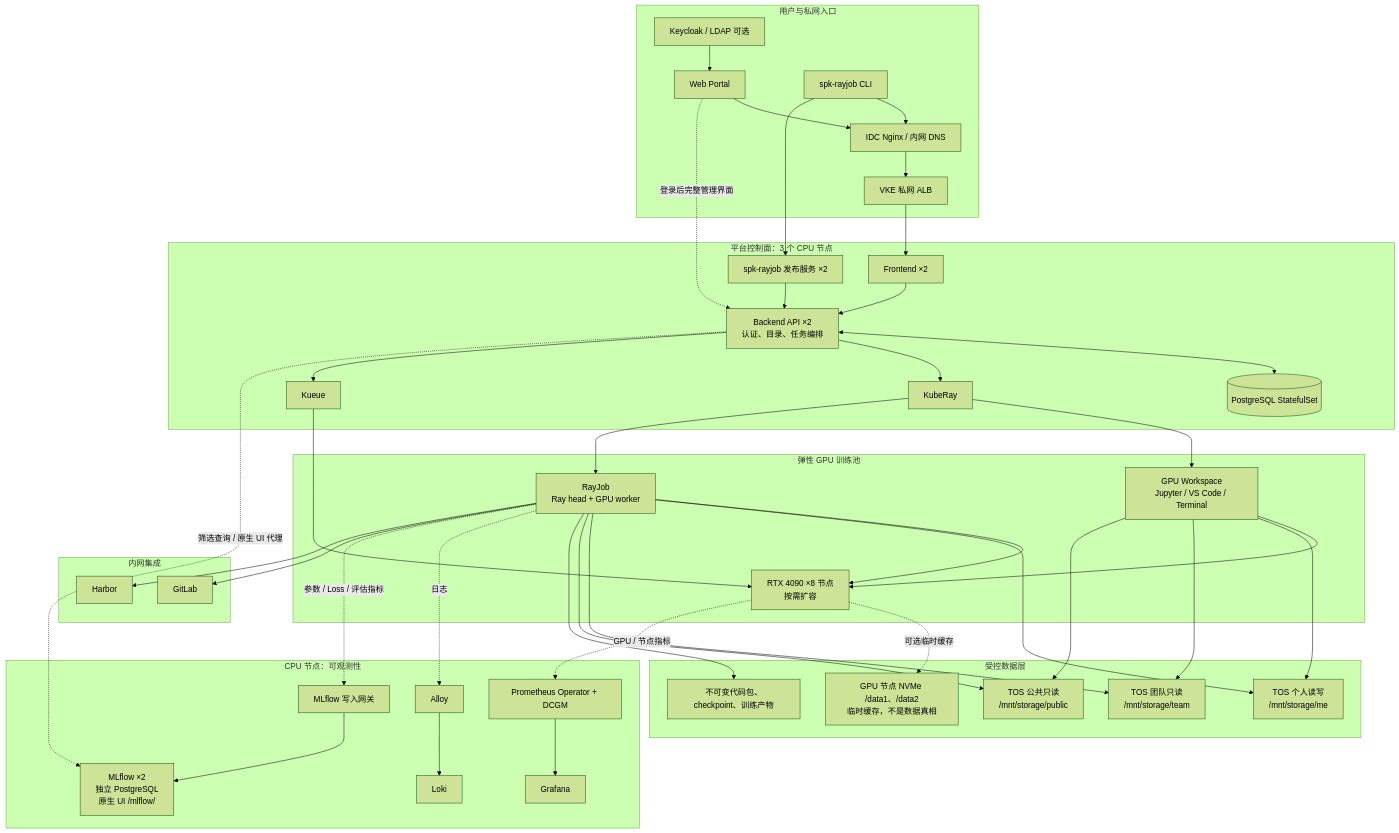
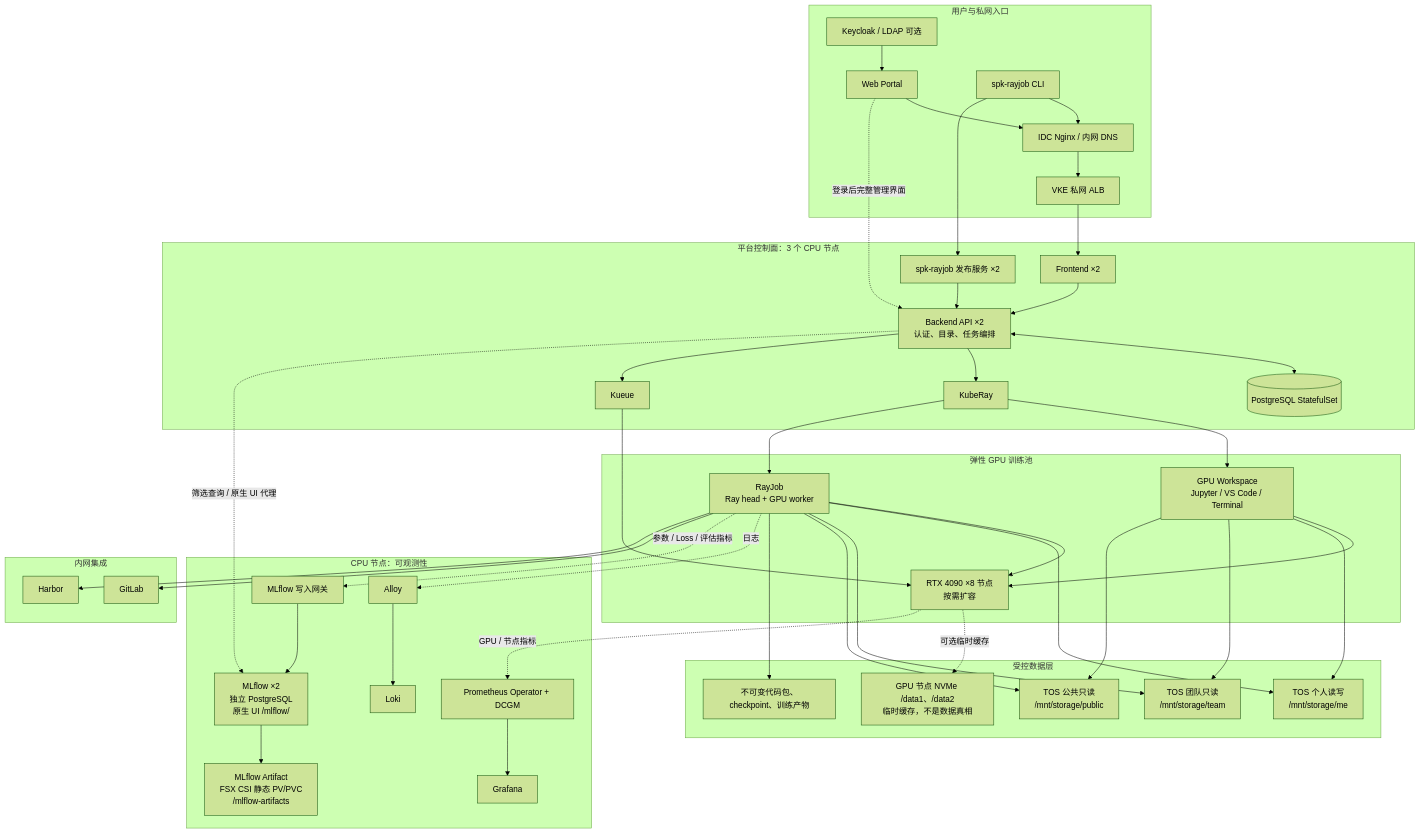
One commit to suAsher/ray-train-platform changed the diagram in docs/ARCHITECTURE.md. Above: the diagram before and after it, drawn with Mermaid (forest theme). The commit also changed other lines of this file and 4 other files, not shown here.

Commit message:
docs: document isolated MLflow artifact storage

````diff
--- a/docs/ARCHITECTURE.md
+++ b/docs/ARCHITECTURE.md
@@ -9,77 +9,79 @@
 ```mermaid
 flowchart TB
   subgraph access[用户与私网入口]
     portal[Web Portal]
     cli[spk-rayjob CLI]
     sso[Keycloak / LDAP 可选]
     idc[IDC Nginx / 内网 DNS]
     alb[VKE 私网 ALB]
   end
 
   subgraph control[平台控制面：3 个 CPU 节点]
     fe[Frontend ×2]
     api[Backend API ×2<br/>认证、目录、任务编排]
     pg[(PostgreSQL StatefulSet)]
     release[spk-rayjob 发布服务 ×2]
     kr[KubeRay]
     kueue[Kueue]
   end
 
   subgraph compute[弹性 GPU 训练池]
     dev[GPU Workspace<br/>Jupyter / VS Code / Terminal]
     job[RayJob<br/>Ray head + GPU worker]
     gpu[RTX 4090 ×8 节点<br/>按需扩容]
   end
 
   subgraph data[受控数据层]
     me[TOS 个人读写<br/>/mnt/storage/me]
     shared[TOS 团队只读<br/>/mnt/storage/team]
     public[TOS 公共只读<br/>/mnt/storage/public]
     artifact[不可变代码包、checkpoint、训练产物]
     nvme[GPU 节点 NVMe /data1、/data2<br/>临时缓存，不是数据真相]
   end
 
   subgraph obs[CPU 节点：可观测性]
     alloy[Alloy]
     loki[Loki]
     prom[Prometheus Operator + DCGM]
     grafana[Grafana]
     mlflow[MLflow ×2<br/>独立 PostgreSQL<br/>原生 UI /mlflow/]
+    mlflowArtifact[MLflow Artifact<br/>FSX CSI 静态 PV/PVC<br/>/mlflow-artifacts]
     ingest[MLflow 写入网关]
   end
 
   subgraph internal[内网集成]
     gitlab[GitLab]
     harbor[Harbor]
   end
 
   portal --> idc
   cli --> idc
   sso --> portal
   idc --> alb --> fe --> api
   cli --> release
   release --> api
   api <--> pg
   api --> kr
   api --> kueue
   kr --> dev
   kr --> job
   kueue --> gpu
   dev --> gpu
   job --> gpu
   dev --> me
   dev --> shared
   dev --> public
   job --> me
   job --> shared
   job --> public
   job --> artifact
   gpu -. 可选临时缓存 .-> nvme
   job -. 日志 .-> alloy --> loki
   gpu -. GPU / 节点指标 .-> prom --> grafana
   job -. 参数 / Loss / 评估指标 .-> ingest --> mlflow
+  mlflow --> mlflowArtifact
   api -. 筛选查询 / 原生 UI 代理 .-> mlflow
   portal -. 登录后完整管理界面 .-> api
   job --> gitlab
   job --> harbor
 ```
````
